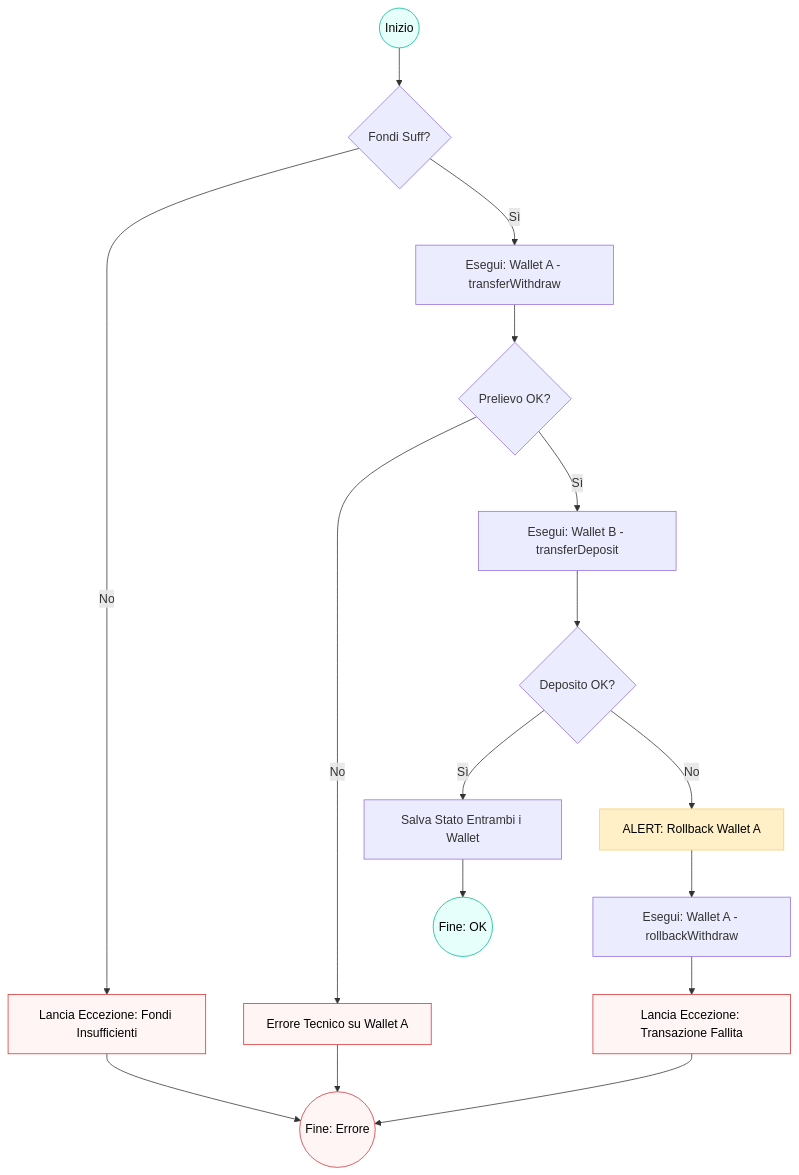
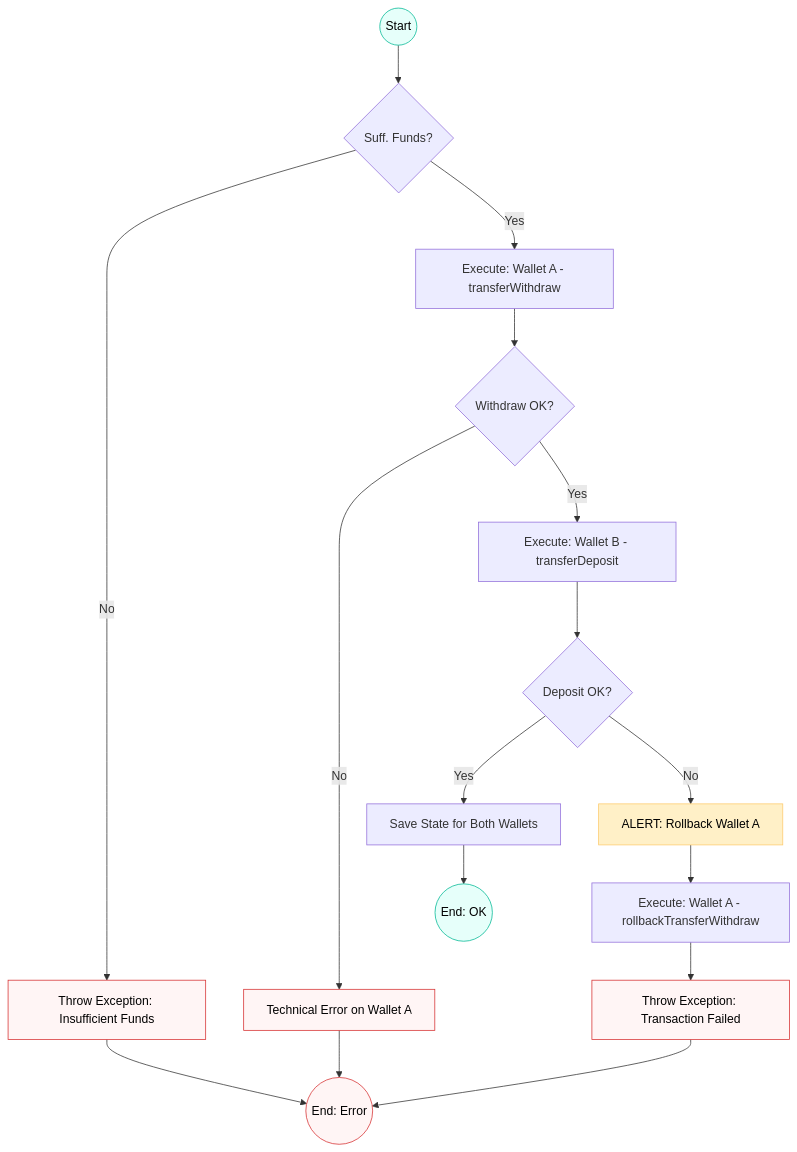
The seventh of 7 diagrams in README.md (simopugliese/java-clean-finance), drawn with Mermaid before and after one commit.

Commit message:
Translate flowchart terms from Italian to English

````diff
--- a/README.md
+++ b/README.md
@@ -817,39 +817,33 @@
 ```mermaid
 flowchart TD
-    %% Nodi di inizio e fine
-    Start((Inizio)) --> Validazione{Fondi Suff?}
-    EndSuccess((Fine: OK))
-    EndFail((Fine: Errore))
+    Start((Start)) --> Validation{Suff. Funds?}
+    EndSuccess((End: OK))
+    EndFail((End: Error))
     
-    %% Stili
     classDef green fill:#e6fffa,stroke:#00b894,color:#000
     classDef red fill:#fff5f5,stroke:#d63031,color:#000
     classDef orange fill:#fff0c7,stroke:#fdcb6e,color:#000
 
-    %% Logica
-    Validazione -- No --> Error1[Lancia Eccezione: Fondi Insufficienti]
+    Validation -- No --> Error1[Throw Exception: Insufficient Funds]
     Error1 --> EndFail
 
-    Validazione -- Sì --> Step1[Esegui: Wallet A - transferWithdraw]
-    Step1 --> Check1{Prelievo OK?}
+    Validation -- Yes --> Step1[Execute: Wallet A - transferWithdraw]
+    Step1 --> Check1{Withdraw OK?}
     
-    Check1 -- No --> Error2[Errore Tecnico su Wallet A]
+    Check1 -- No --> Error2[Technical Error on Wallet A]
     Error2 --> EndFail
     
-    Check1 -- Sì --> Step2[Esegui: Wallet B - transferDeposit]
-    Step2 --> Check2{Deposito OK?}
+    Check1 -- Yes --> Step2[Execute: Wallet B - transferDeposit]
+    Step2 --> Check2{Deposit OK?}
     
-    %% Caso Felice
-    Check2 -- Sì --> Commit[Salva Stato Entrambi i Wallet]
+    Check2 -- Yes --> Commit[Save State for Both Wallets]
     Commit --> EndSuccess
     
-    %% Caso di Rollback (CRITICO)
     Check2 -- No --> Rollback[ALERT: Rollback Wallet A]:::orange
-    Rollback --> StepRollback[Esegui: Wallet A - rollbackWithdraw]
-    StepRollback --> Error3[Lancia Eccezione: Transazione Fallita]
+    Rollback --> StepRollback[Execute: Wallet A - rollbackTransferWithdraw]
+    StepRollback --> Error3[Throw Exception: Transaction Failed]
     Error3 --> EndFail
 
-    %% Applicazione classi di stile
     class Start,EndSuccess green
     class EndFail,Error1,Error2,Error3 red
 ```
````
